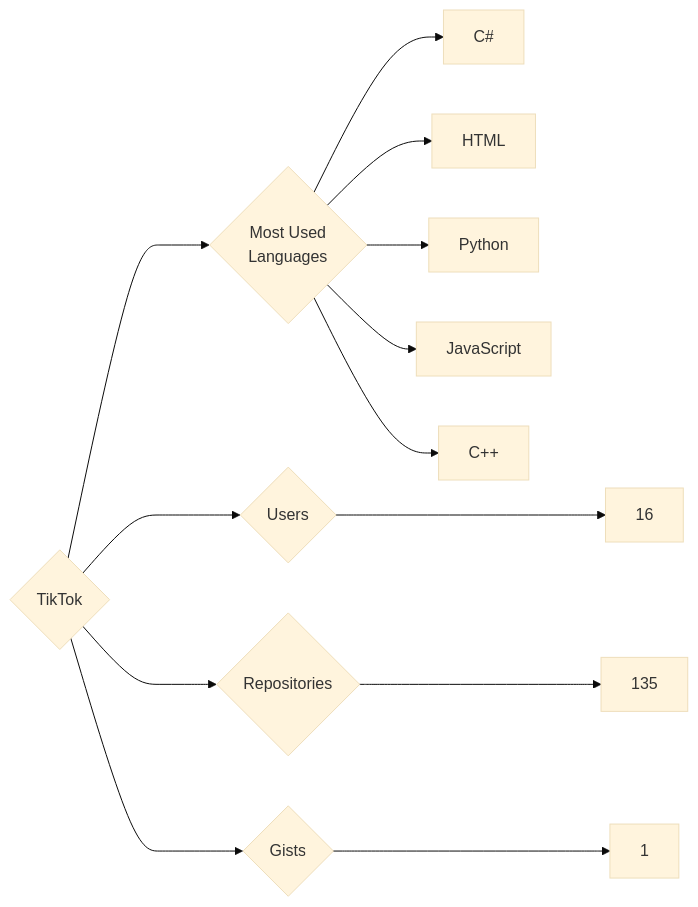
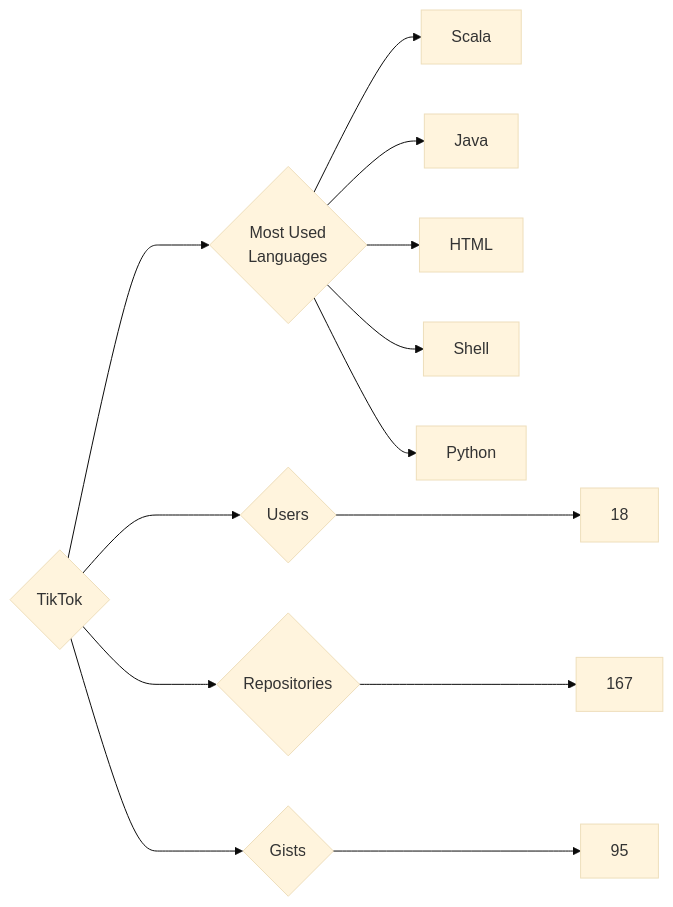
The diagram in targets/TikTok/README.md (trickest/insiders), drawn with Mermaid (base theme) before and after one commit. The commit also changed 1011 other files, not shown here.

````diff
--- a/targets/TikTok/README.md
+++ b/targets/TikTok/README.md
@@ -3,13 +3,13 @@
 ```mermaid
 graph LR
 COMPANY_NAME{TikTok}
-COMPANY_NAME ---> U{Users} ---> UN[16]
-COMPANY_NAME ---> R{Repositories} ---> RN[135]
-COMPANY_NAME ---> G{Gists} ---> GN[1]
+COMPANY_NAME ---> U{Users} ---> UN[18]
+COMPANY_NAME ---> R{Repositories} ---> RN[167]
+COMPANY_NAME ---> G{Gists} ---> GN[95]
 COMPANY_NAME ---> ML{Most Used<br>Languages}
-ML --> C#[C#]
+ML --> Scala[Scala]
+ML --> Java[Java]
 ML --> HTML[HTML]
+ML --> Shell[Shell]
 ML --> Python[Python]
-ML --> JavaScript[JavaScript]
-ML --> C++[C++]
 ```
````
